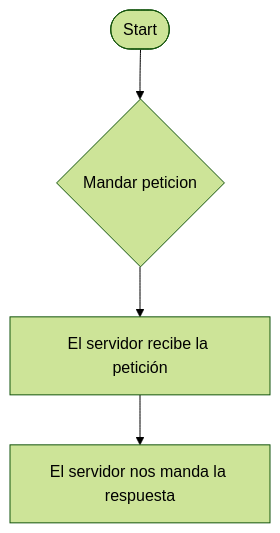
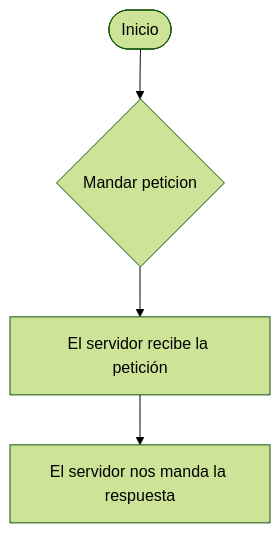
The diagram in UT1/ut1-auditoria-tecnologica.md (javy016/Clase), drawn with Mermaid (forest theme) before and after one commit.

Commit message:
Update flowchart labels from Spanish to English

````diff
--- a/UT1/ut1-auditoria-tecnologica.md
+++ b/UT1/ut1-auditoria-tecnologica.md
@@ -8,6 +8,6 @@
 ```mermaid
 flowchart TB
-    A(["Start"]) --> B{"Mandar peticion"}
+    A(["Inicio"]) --> B{"Mandar peticion"}
     B --> C["El servidor recibe la petición"]
     C --> n1["El servidor nos manda la respuesta"]
 ```
````
